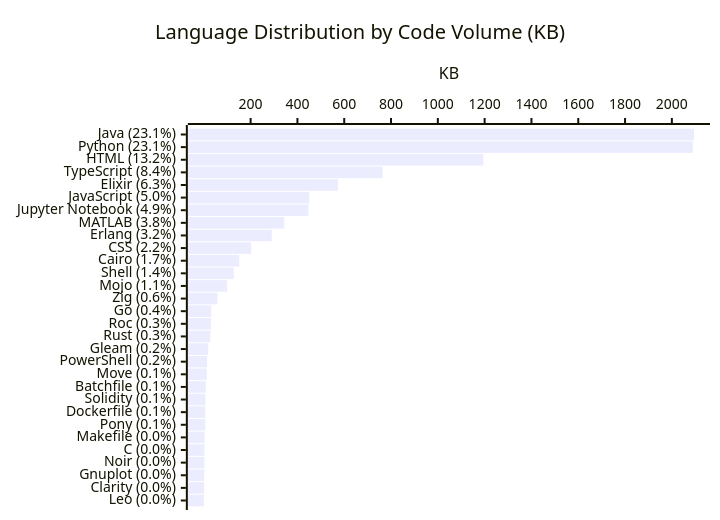
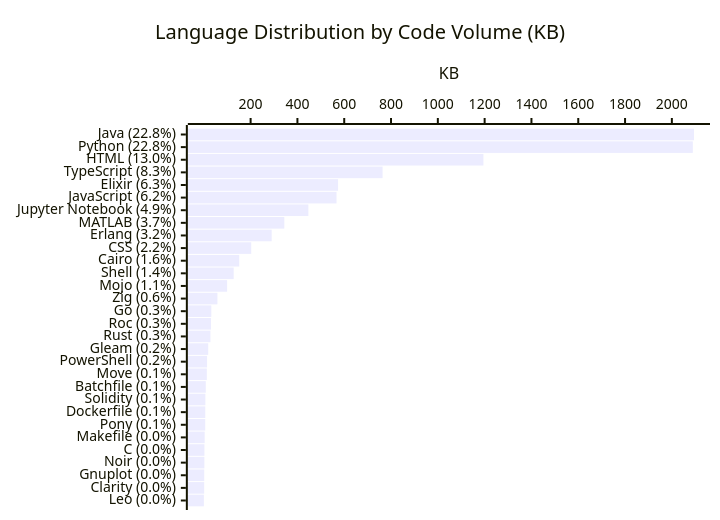
Before and after one commit to KathiraveluLab/.github: the diagram in profile/README.md, drawn with Mermaid. The commit also changed other lines of this file and 1 other file, not shown here.

````diff
--- a/profile/README.md
+++ b/profile/README.md
@@ -74,7 +74,7 @@
 ```mermaid
 xychart-beta horizontal
     title "Language Distribution by Code Volume (KB)"
-    x-axis ["Java (23.1%)", "Python (23.1%)", "HTML (13.2%)", "TypeScript (8.4%)", "Elixir (6.3%)", "JavaScript (5.0%)", "Jupyter Notebook (4.9%)", "MATLAB (3.8%)", "Erlang (3.2%)", "CSS (2.2%)", "Cairo (1.7%)", "Shell (1.4%)", "Mojo (1.1%)", "Zig (0.6%)", "Go (0.4%)", "Roc (0.3%)", "Rust (0.3%)", "Gleam (0.2%)", "PowerShell (0.2%)", "Move (0.1%)", "Batchfile (0.1%)", "Solidity (0.1%)", "Dockerfile (0.1%)", "Pony (0.1%)", "Makefile (0.0%)", "C (0.0%)", "Noir (0.0%)", "Gnuplot (0.0%)", "Clarity (0.0%)", "Leo (0.0%)"]
+    x-axis ["Java (22.8%)", "Python (22.8%)", "HTML (13.0%)", "TypeScript (8.3%)", "Elixir (6.3%)", "JavaScript (6.2%)", "Jupyter Notebook (4.9%)", "MATLAB (3.7%)", "Erlang (3.2%)", "CSS (2.2%)", "Cairo (1.6%)", "Shell (1.4%)", "Mojo (1.1%)", "Zig (0.6%)", "Go (0.3%)", "Roc (0.3%)", "Rust (0.3%)", "Gleam (0.2%)", "PowerShell (0.2%)", "Move (0.1%)", "Batchfile (0.1%)", "Solidity (0.1%)", "Dockerfile (0.1%)", "Pony (0.1%)", "Makefile (0.0%)", "C (0.0%)", "Noir (0.0%)", "Gnuplot (0.0%)", "Clarity (0.0%)", "Leo (0.0%)"]
     y-axis "KB"
-    bar [2094.5, 2089.51, 1194.64, 763.92, 573.78, 450.69, 446.91, 343.93, 289.93, 202.6, 151.31, 127.55, 99.52, 58.12, 32.03, 30.88, 28.25, 18.9, 13.91, 12.89, 8.48, 6.65, 6.34, 6.01, 3.74, 2.58, 2.46, 1.82, 1.53, 0.26]
+    bar [2094.5, 2089.51, 1194.81, 763.92, 573.78, 567.13, 446.91, 343.93, 289.93, 202.64, 151.31, 127.55, 99.52, 58.12, 32.03, 30.88, 28.25, 18.9, 13.91, 12.89, 8.48, 6.65, 6.34, 6.01, 3.74, 2.58, 2.46, 1.82, 1.53, 0.26]
 ```
````
